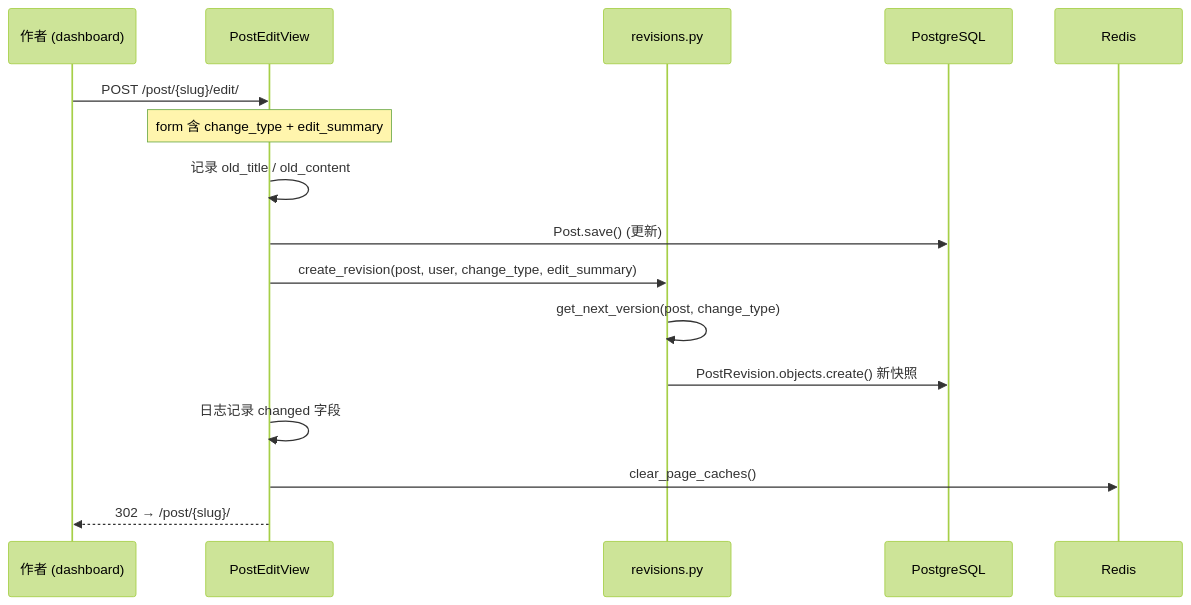
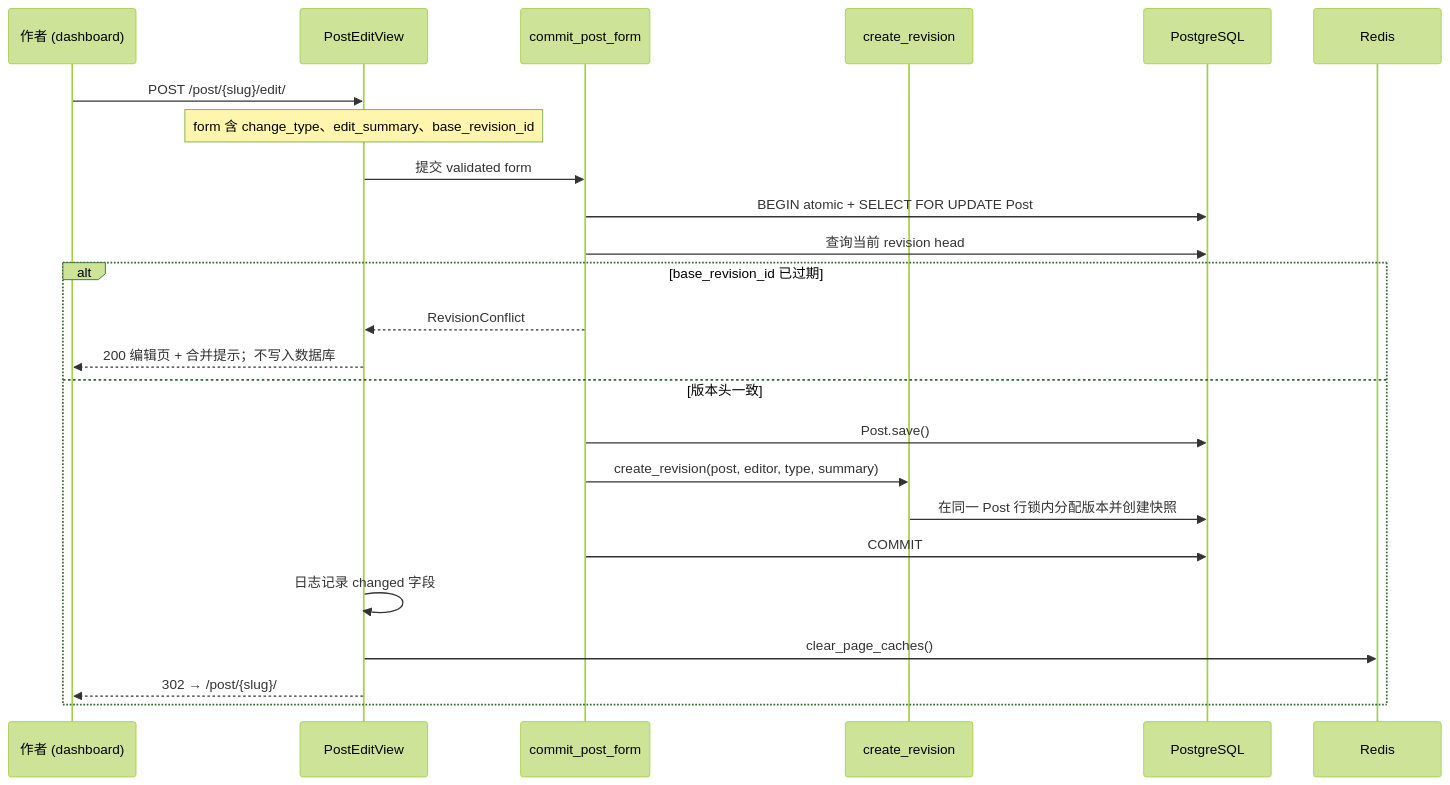
The fifth of 8 diagrams in Blogs/DEVELOPMENT.md (se-veN714/PowerAdapterBlogs), drawn with Mermaid (forest theme) before and after one commit. The commit also changed other lines of this file and 23 other files, not shown here.

Commit message:
docs: consolidate guides and update v2 roadmap

````diff
--- a/Blogs/DEVELOPMENT.md
+++ b/Blogs/DEVELOPMENT.md
@@ -305,19 +375,27 @@
 ```mermaid
 sequenceDiagram
     participant Author as 作者 (dashboard)
     participant View as PostEditView
-    participant Rev as revisions.py
+    participant Service as commit_post_form
+    participant Rev as create_revision
     participant DB as PostgreSQL
     participant Cache as Redis
 
     Author->>View: POST /post/{slug}/edit/
-    Note over View: form 含 change_type + edit_summary
-    View->>View: 记录 old_title / old_content
-    View->>DB: Post.save() (更新)
-    View->>Rev: create_revision(post, user, change_type, edit_summary)
-    Rev->>Rev: get_next_version(post, change_type)
-    Rev->>DB: PostRevision.objects.create() 新快照
-    View->>View: 日志记录 changed 字段
-    View->>Cache: clear_page_caches()
-    View-->>Author: 302 → /post/{slug}/
+    Note over View: form 含 change_type、edit_summary、base_revision_id
+    View->>Service: 提交 validated form
+    Service->>DB: BEGIN atomic + SELECT FOR UPDATE Post
+    Service->>DB: 查询当前 revision head
+    alt base_revision_id 已过期
+        Service-->>View: RevisionConflict
+        View-->>Author: 200 编辑页 + 合并提示；不写入数据库
+    else 版本头一致
+        Service->>DB: Post.save()
+        Service->>Rev: create_revision(post, editor, type, summary)
+        Rev->>DB: 在同一 Post 行锁内分配版本并创建快照
+        Service->>DB: COMMIT
+        View->>View: 日志记录 changed 字段
+        View->>Cache: clear_page_caches()
+        View-->>Author: 302 → /post/{slug}/
+    end
 ```
````
